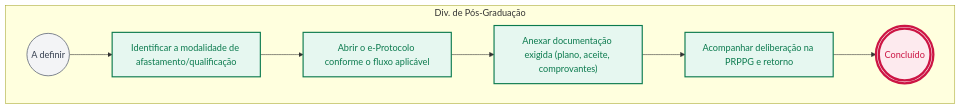
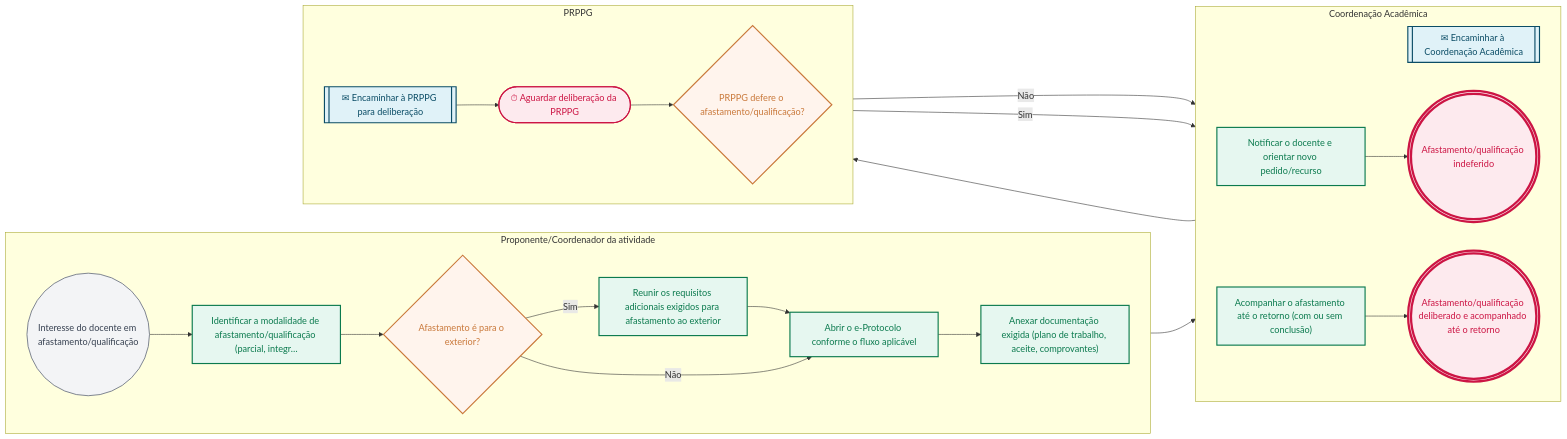
The second of 2 diagrams in pops/DPG/DPG-01.md (jessefers/canvas-vivo-atdg), drawn with Mermaid before and after one commit. The commit also changed other lines of this file and 95 other files, not shown here.

````diff
--- a/pops/DPG/DPG-01.md
+++ b/pops/DPG/DPG-01.md
@@ -119,26 +157,52 @@
 ```mermaid
 flowchart LR
-  subgraph R1["Div. de Pós-Graduação"]
+  subgraph R1["Proponente/Coordenador da atividade"]
     direction LR
-    e1(("A definir"))
-    e2["Identificar a modalidade de afastamento/qualificação"]
-    e3["Abrir o e-Protocolo conforme o fluxo aplicável"]
-    e4["Anexar documentação exigida (plano, aceite, comprovantes)"]
-    e5["Acompanhar deliberação na PRPPG e retorno"]
-    e6((("Concluído")))
+    e1(("Interesse do docente em afastamento/qualificação"))
+    e2["Identificar a modalidade de afastamento/qualificação (parcial, integr…"]
+    e3{"Afastamento é para o exterior?"}
+    e4["Reunir os requisitos adicionais exigidos para afastamento ao exterior"]
+    e5["Abrir o e-Protocolo conforme o fluxo aplicável"]
+    e6["Anexar documentação exigida (plano de trabalho, aceite, comprovantes)"]
+  end
+  subgraph R2["Coordenação Acadêmica"]
+    direction LR
+    e7[["✉ Encaminhar à Coordenação Acadêmica"]]
+    e11["Notificar o docente e orientar novo pedido/recurso"]
+    e12((("Afastamento/qualificação indeferido")))
+    e13["Acompanhar o afastamento até o retorno (com ou sem conclusão)"]
+    e14((("Afastamento/qualificação deliberado e acompanhado até o retorno")))
+  end
+  subgraph R3["PRPPG"]
+    direction LR
+    e8[["✉ Encaminhar à PRPPG para deliberação"]]
+    e9(["⏱ Aguardar deliberação da PRPPG"])
+    e10{"PRPPG defere o afastamento/qualificação?"}
   end
   e1 --> e2
   e2 --> e3
-  e3 --> e4
+  e3 -- Sim --> e4
   e4 --> e5
+  e3 -- Não --> e5
   e5 --> e6
+  e6 --> e7
+  e7 --> e8
+  e8 --> e9
+  e9 --> e10
+  e10 -- Não --> e11
+  e11 --> e12
+  e10 -- Sim --> e13
+  e13 --> e14
   classDef inicio fill:#f3f4f6,stroke:#6b7280,stroke-width:1.5px,color:#374151
   classDef atividade fill:#E6F7F0,stroke:#0B7A4E,stroke-width:2px,color:#0B7A4E
   classDef decisao fill:#FFF4ED,stroke:#C9783A,stroke-width:2px,color:#C9783A
   classDef fim fill:#FDEAEE,stroke:#CC1544,stroke-width:4px,color:#CC1544
   classDef pausa fill:#FDEAEE,stroke:#CC1544,stroke-width:2px,color:#CC1544
   classDef captura fill:#E0F2F8,stroke:#0B4D66,stroke-width:2px,color:#0B4D66
   class e1 inicio
-  class e2,e3,e4,e5 atividade
-  class e6 fim
+  class e2,e4,e5,e6,e11,e13 atividade
+  class e3,e10 decisao
+  class e7,e8 captura
+  class e9 pausa
+  class e12,e14 fim
 ```
````
